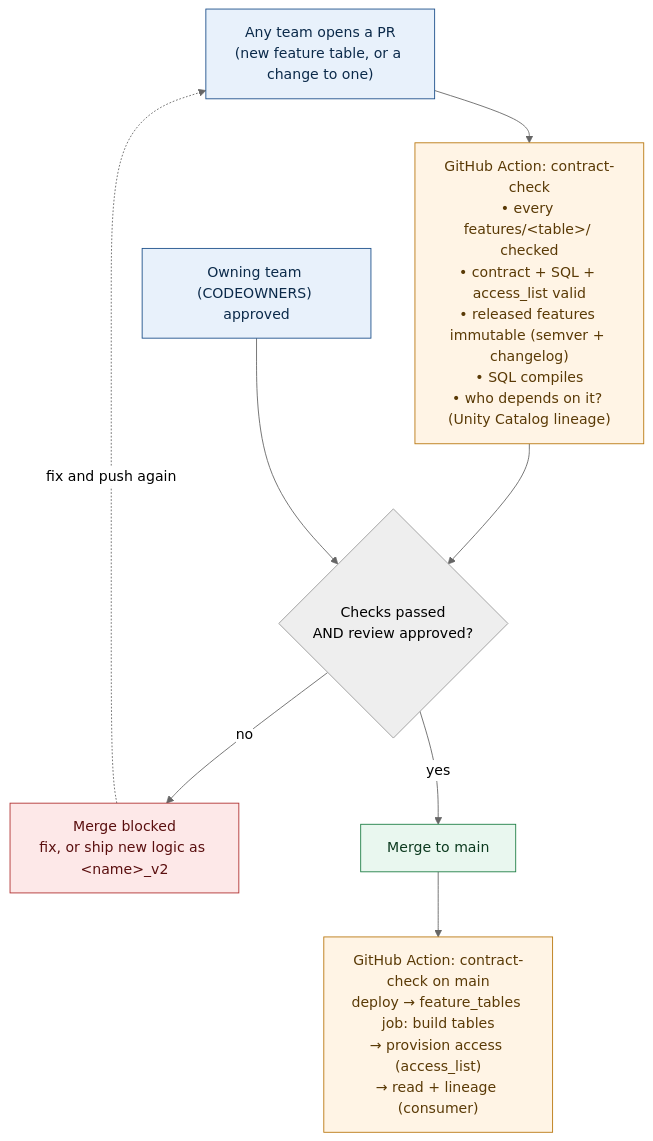
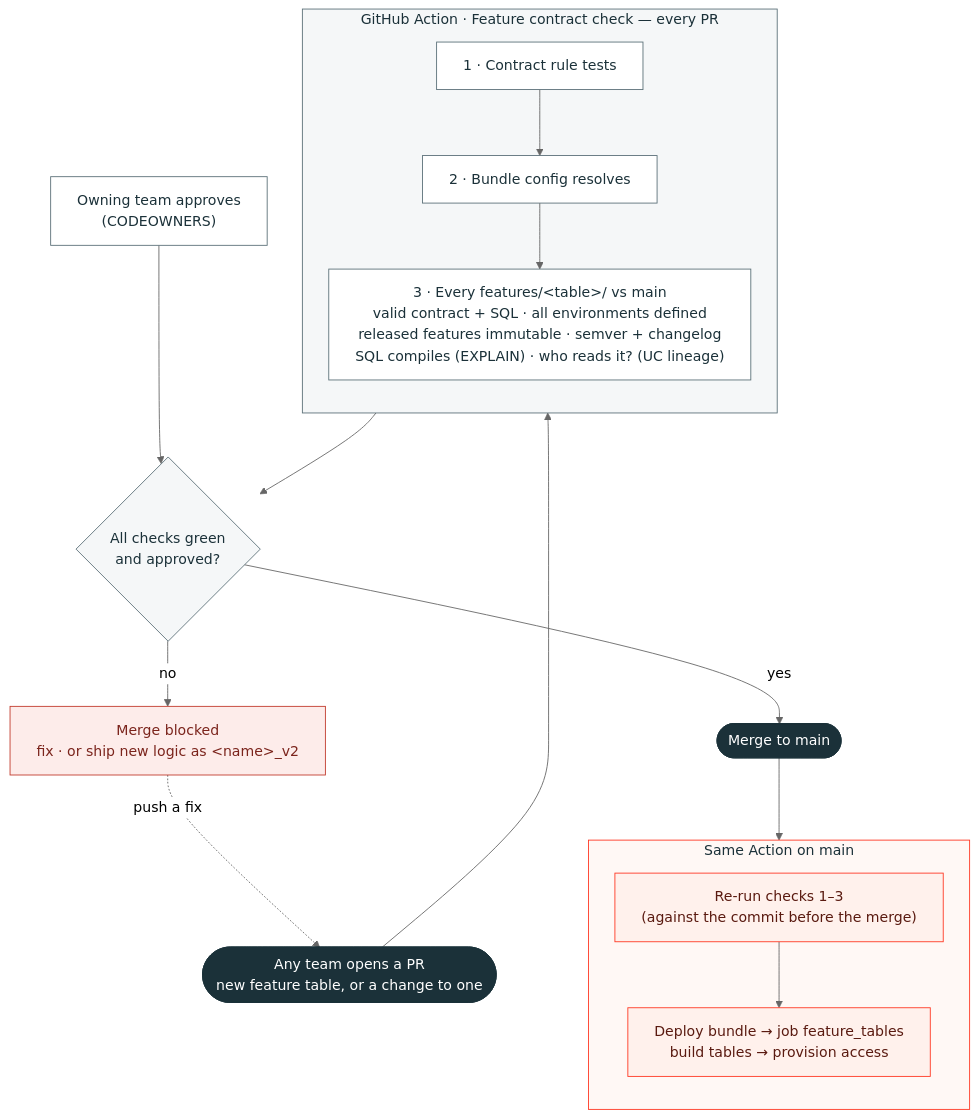
One commit to anirvandecodes/databricks_mlops_platform changed the diagram in feature_contracts_repo/diagrams/feature_demo_flow.mmd. Above: the diagram before and after it, drawn with Mermaid (neutral theme). The commit also changed 9 other files, not shown here.

Commit message:
Refresh the feature-contracts diagrams and add contract-anatomy and after-merge diagrams (#29)

```diff
--- a/feature_contracts_repo/diagrams/feature_demo_flow.mmd
+++ b/feature_contracts_repo/diagrams/feature_demo_flow.mmd
@@ -1,26 +1,45 @@
-%% Feature contracts repo — what GitHub Actions does, and when a PR may merge.
+%%{init: {"flowchart": {"wrappingWidth": 420, "nodeSpacing": 40, "rankSpacing": 50}}}%%
+%% Feature contracts repo — the PR lifecycle: what is checked, and when tables are built.
 flowchart TB
-  PR["Any team opens a PR<br/>(new feature table, or a change to one)"]
-  CHK["GitHub Action: contract-check<br/>• every features/&lt;table&gt;/ checked<br/>• contract + SQL + access_list valid<br/>• released features immutable (semver + changelog)<br/>• SQL compiles<br/>• who depends on it? (Unity Catalog lineage)"]
-  REVIEW["Owning team (CODEOWNERS) approved"]
-  DECIDE{"Checks passed<br/>AND review approved?"}
-  BLOCK["Merge blocked<br/>fix, or ship new logic as &lt;name&gt;_v2"]
-  MERGE["Merge to main"]
-  RUN["GitHub Action: contract-check on main<br/>deploy → feature_tables job: build tables<br/>→ provision access (access_list)<br/>→ read + lineage (consumer)"]
+  PR(["Any team opens a PR<br/>new feature table, or a change to one"])
 
-  PR --> CHK
-  CHK --> DECIDE
+  subgraph GATE["GitHub Action · Feature contract check — every PR"]
+    direction TB
+    G1["1 · Contract rule tests"]
+    G2["2 · Bundle config resolves"]
+    G3["3 · Every features/&lt;table&gt;/ vs main<br/>valid contract + SQL · all environments defined<br/>released features immutable · semver + changelog<br/>SQL compiles (EXPLAIN) · who reads it? (UC lineage)"]
+    G1 --> G2 --> G3
+  end
+
+  REVIEW["Owning team approves<br/>(CODEOWNERS)"]
+  DECIDE{"All checks green<br/>and approved?"}
+  BLOCK["Merge blocked<br/>fix · or ship new logic as &lt;name&gt;_v2"]
+  MERGE(["Merge to main"])
+
+  subgraph MAIN["Same Action on main"]
+    direction TB
+    M1["Re-run checks 1–3<br/>(against the commit before the merge)"]
+    M2["Deploy bundle → job feature_tables<br/>build tables → provision access"]
+    M1 --> M2
+  end
+
+  PR --> GATE
+  G3 --> DECIDE
   REVIEW --> DECIDE
-  DECIDE -->|"no"| BLOCK
-  BLOCK -.->|"fix and push again"| PR
-  DECIDE -->|"yes"| MERGE
-  MERGE --> RUN
+  DECIDE -->|no| BLOCK
+  BLOCK -.->|push a fix| PR
+  DECIDE -->|yes| MERGE --> MAIN
 
-  classDef pr fill:#E8F1FB,stroke:#1B4F8A,color:#0b2a4a;
-  classDef gha fill:#FFF4E5,stroke:#B9770E,color:#5a3a06;
-  classDef block fill:#FDE8E8,stroke:#B03030,color:#5a0f0f;
-  classDef ok fill:#E9F7EF,stroke:#1E7E45,color:#0c3a1f;
-  class PR,REVIEW pr;
-  class CHK,RUN gha;
+  classDef start fill:#1B3139,stroke:#1B3139,color:#ffffff;
+  classDef step fill:#FFFFFF,stroke:#5A6F77,color:#1B3139;
+  classDef gate fill:#F5F7F8,stroke:#5A6F77,color:#1B3139;
+  classDef block fill:#FDECEA,stroke:#C0392B,color:#7B241C;
+  classDef ok fill:#E8F5EE,stroke:#1E7E45,color:#0C3A1F;
+  classDef run fill:#FFF1EC,stroke:#FF3621,color:#5A1A10;
+  class PR,MERGE start;
+  class G1,G2,G3,REVIEW step;
+  class DECIDE gate;
   class BLOCK block;
-  class MERGE ok;
+  class M1,M2 run;
+  style GATE fill:#F5F7F8,stroke:#5A6F77,color:#1B3139
+  style MAIN fill:#FFF8F5,stroke:#FF3621,color:#1B3139
```
